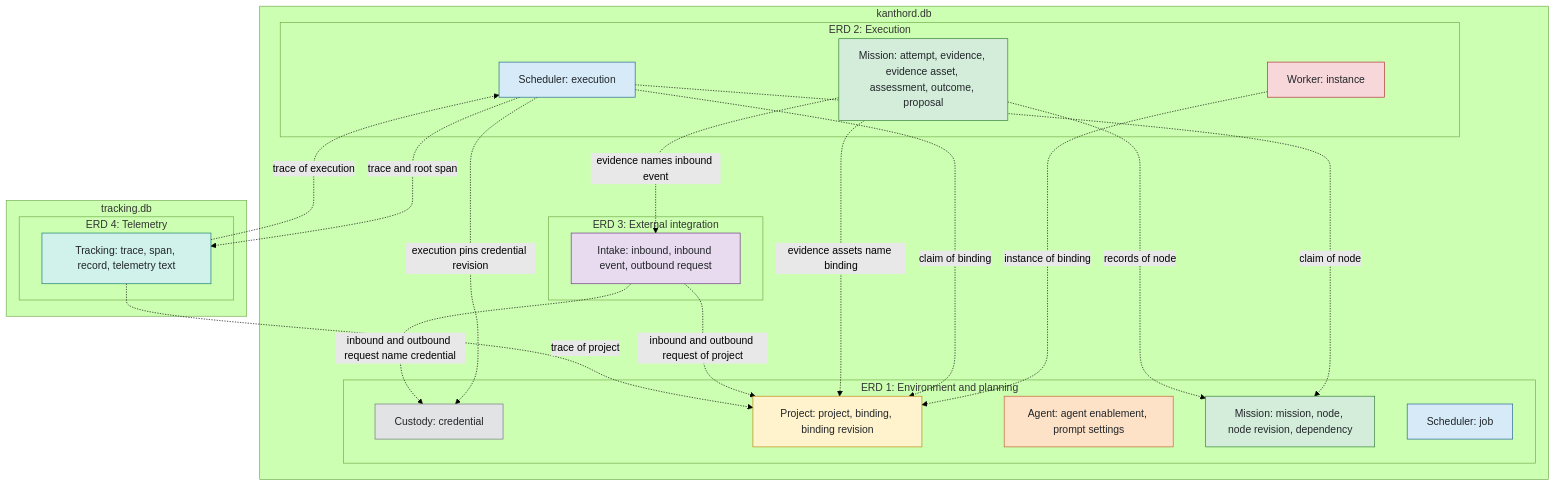
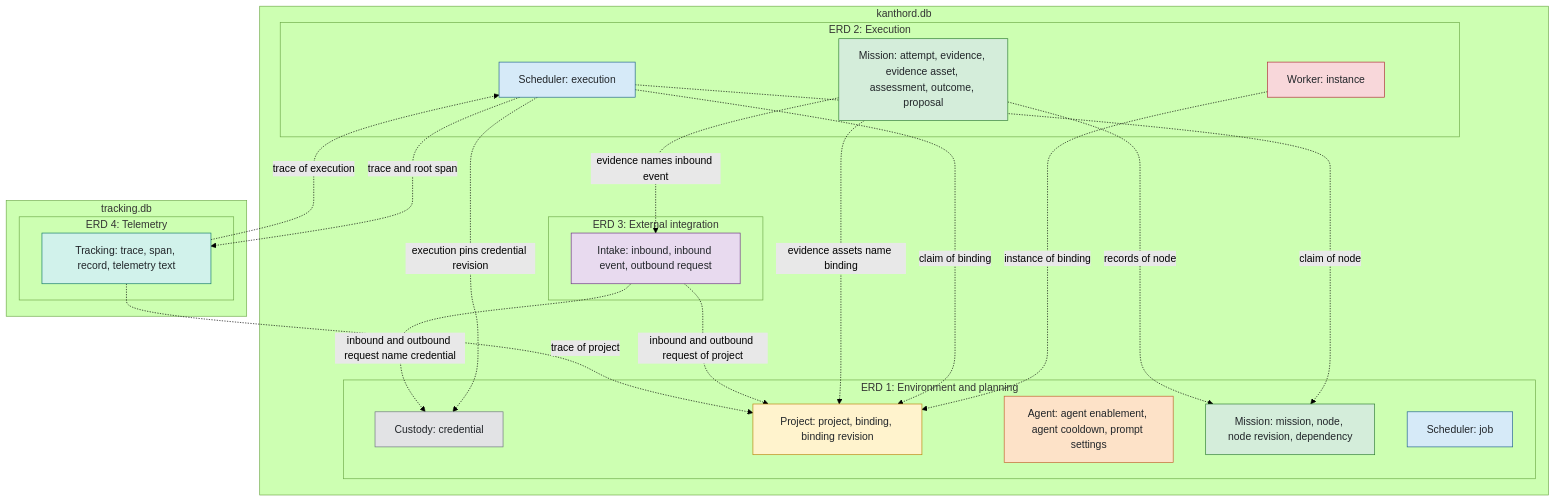
The diagram in docs/reference/erd/README.md (kanthorlabs/kanthord), drawn with Mermaid (forest theme) before and after one commit. The commit also changed other lines of this file and 29 other files, not shown here.

First line of the commit message:
docs(agent): record the fallback chain and the cooldown (#52)

````diff
--- a/docs/reference/erd/README.md
+++ b/docs/reference/erd/README.md
@@ -32,58 +32,58 @@
 ```mermaid
 flowchart TB
     subgraph db1["kanthord.db"]
         subgraph v1["ERD 1: Environment and planning"]
             c1["Custody: credential"]
             p1["Project: project, binding, binding revision"]
-            a1["Agent: agent enablement, prompt settings"]
+            a1["Agent: agent enablement, agent cooldown, prompt settings"]
             m1["Mission: mission, node, node revision, dependency"]
             s1["Scheduler: job"]
         end
         subgraph v2["ERD 2: Execution"]
             w2["Worker: instance"]
             s2["Scheduler: execution"]
             m2["Mission: attempt, evidence, evidence asset, assessment, outcome, proposal"]
         end
         subgraph v3["ERD 3: External integration"]
             i3["Intake: inbound, inbound event, outbound request"]
         end
     end
     subgraph db2["tracking.db"]
         subgraph v4["ERD 4: Telemetry"]
             t4["Tracking: trace, span, record, telemetry text"]
         end
     end
 
     w2 -.->|instance of binding| p1
     s2 -.->|claim of node| m1
     s2 -.->|claim of binding| p1
     s2 -.->|execution pins credential revision| c1
     m2 -.->|records of node| m1
     m2 -.->|evidence assets name binding| p1
 
     i3 -.->|inbound and outbound request of project| p1
     i3 -.->|inbound and outbound request name credential| c1
     m2 -.->|evidence names inbound event| i3
 
     t4 -.->|trace of execution| s2
     s2 -.->|trace and root span| t4
     t4 -.->|trace of project| p1
 
     classDef custody fill:#e2e3e5,stroke:#6c757d,color:#212529
     classDef project fill:#fff3cd,stroke:#b8860b,color:#212529
     classDef worker fill:#f8d7da,stroke:#b02a37,color:#212529
     classDef agent fill:#fde2c8,stroke:#c0602b,color:#212529
     classDef mission fill:#d4edda,stroke:#2e7d32,color:#212529
     classDef scheduler fill:#d6eaf8,stroke:#1f618d,color:#212529
     classDef intake fill:#e8daef,stroke:#6c3483,color:#212529
     classDef tracking fill:#d1f2eb,stroke:#117a65,color:#212529
 
     class c1 custody
     class p1 project
     class w2 worker
     class a1 agent
     class m1,m2 mission
     class s1,s2 scheduler
     class i3 intake
     class t4 tracking
 ```
````
